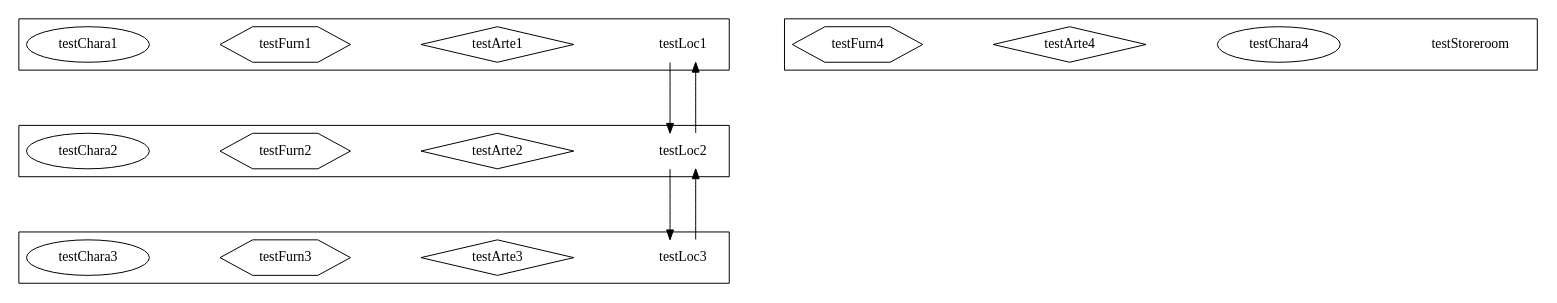
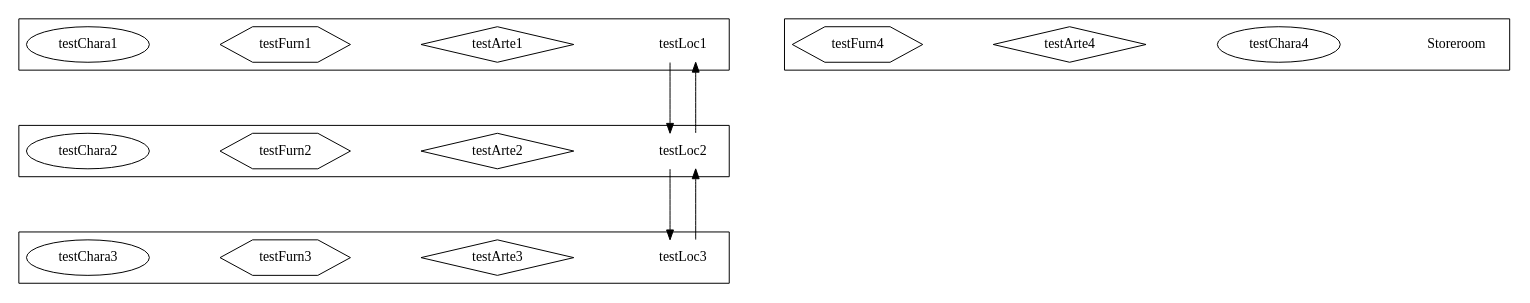
The diagram in config/testEntities.dot (SEP-Summer-Resit/Functional), drawn with Graphviz before and after one commit. The commit also changed 4 other files, not shown here.

```diff
--- a/config/testEntities.dot
+++ b/config/testEntities.dot
@@ -1,83 +1,83 @@
 digraph layout {
     splines = ortho;
     graph [ranksep="1" nodesep="1"];
     node [shape = "rect"];
 
     subgraph locations {
 
         subgraph cluster001 {
             node [shape = "none"];
             testLoc1 [description = "Test Location"];
             subgraph artefacts {
                 node [shape = "diamond"];
                 testArte1 [description = "Test Artefact"];
             }
             subgraph furniture {
                 node [shape = "hexagon"];
                 testFurn1 [description = "Test Furniture"];
             }
             subgraph characters {
                 node [shape = "ellipse"];
                 testChara1 [description = "Test Character"];
             }
         }
 
         subgraph cluster002 {
             node [shape = "none"];
             testLoc2 [description = "Test Location"];
             subgraph artefacts {
                 node [shape = "diamond"];
                 testArte2 [description = "Test Artefact"];
             }
             subgraph furniture {
                 node [shape = "hexagon"];
                 testFurn2 [description = "Test Furniture"];
             }
             subgraph characters {
                 node [shape = "ellipse"];
                 testChara2 [description = "Test Character"];
             }
         }
 
         subgraph cluster003 {
             node [shape = "none"];
             testLoc3 [description = "Test Location"];
             subgraph artefacts {
                 node [shape = "diamond"];
                 testArte3 [description = "Test Artefact"];
             }
             subgraph furniture {
                 node [shape = "hexagon"];
                 testFurn3 [description = "Test Furniture"];
             }
             subgraph characters {
                 node [shape = "ellipse"];
                 testChara3 [description = "Test Character"];
             }
         }
 
         subgraph cluster999 {
             node [shape = "none"];
-            testStoreroom [description = "Storage for any entities not placed in the game"]
+            Storeroom [description = "Storage for any entities not placed in the game"]
             subgraph characters {
                 node [shape = "ellipse"];
                 testChara4 [description = "Test Character"];
             }
             subgraph artefacts {
                 node [shape = "diamond"];
                 testArte4 [description = "Test Artefact"];
             }
             subgraph furniture {
                 node [shape = "hexagon"];
                 testFurn4 [description = "Test Furniture"];
             }
         }
     }
 
     subgraph paths {
         testLoc1 -> testLoc2
         testLoc2 -> testLoc1
         testLoc2 -> testLoc3
         testLoc3 -> testLoc2
     }
 }
```
